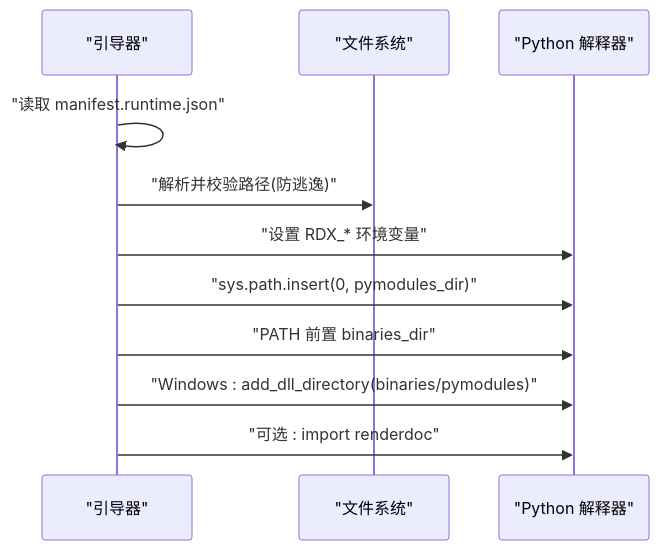
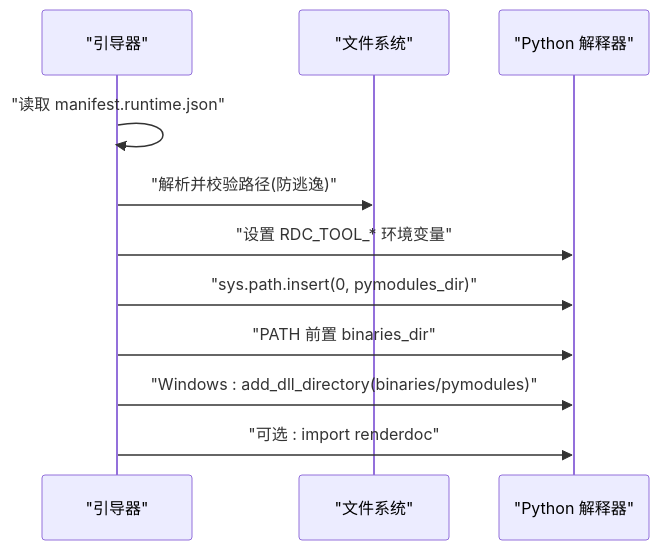
Before and after one commit to haolange/RDC-Tool: the fifth of 10 diagrams in .qoder/repowiki/zh/content/运行时管理/运行时管理.md, drawn with Mermaid. The commit also changed other lines of this file and 388 other files, not shown here.

First line of the commit message:
Release RDC-Tool identity and public maintenance surface

````diff
--- a/.qoder/repowiki/zh/content/运行时管理/运行时管理.md
+++ b/.qoder/repowiki/zh/content/运行时管理/运行时管理.md
@@ -188,13 +188,13 @@
 ```mermaid
 sequenceDiagram
 participant Boot as "引导器"
 participant FS as "文件系统"
 participant Py as "Python 解释器"
 Boot->>Boot : "读取 manifest.runtime.json"
 Boot->>FS : "解析并校验路径(防逃逸)"
-Boot->>Py : "设置 RDX_* 环境变量"
+Boot->>Py : "设置 RDC_TOOL_* 环境变量"
 Boot->>Py : "sys.path.insert(0, pymodules_dir)"
 Boot->>Py : "PATH 前置 binaries_dir"
 Boot->>Py : "Windows : add_dll_directory(binaries/pymodules)"
 Boot->>Py : "可选 : import renderdoc"
 ```
````
